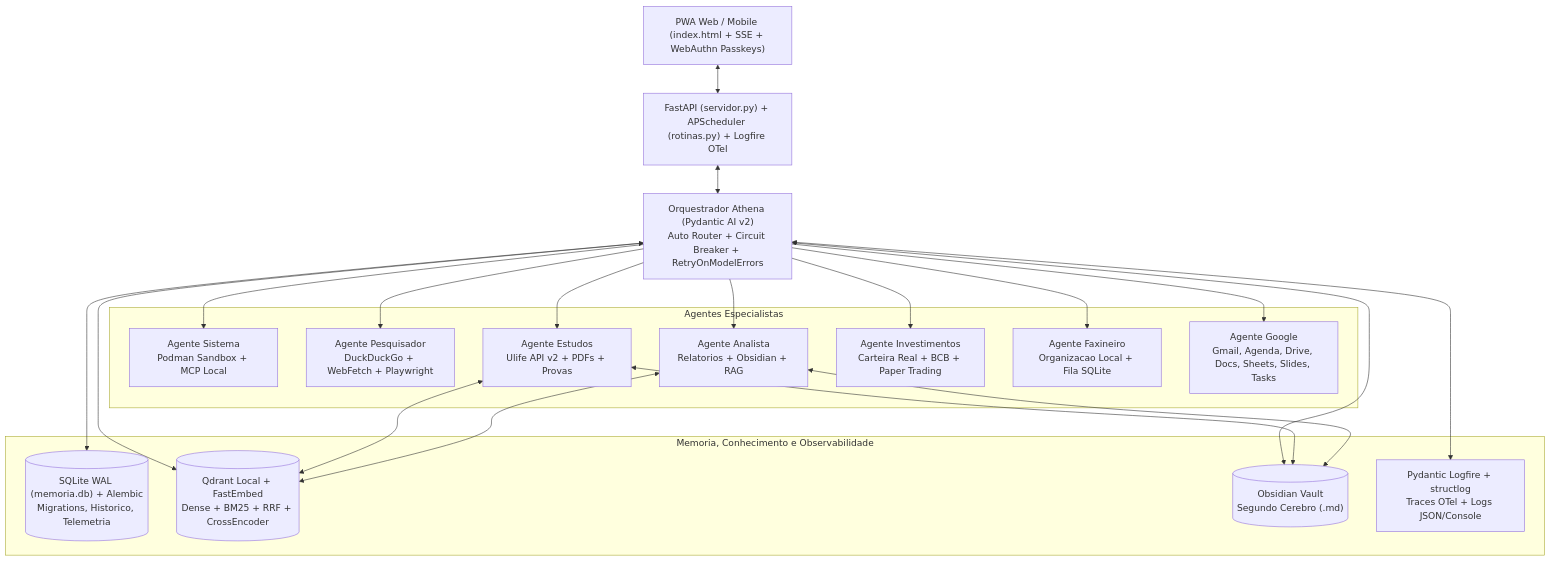
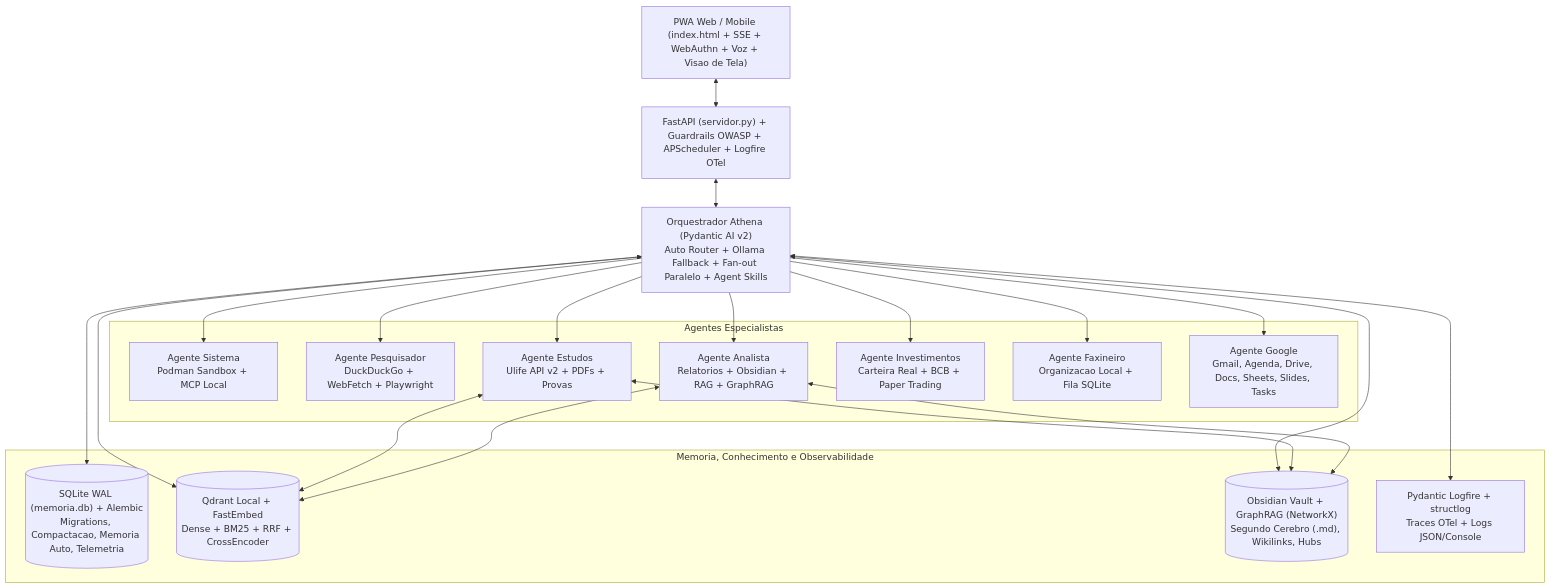
The diagram in README.md (williamdunbar1/athena), drawn with Mermaid before and after one commit. The commit also changed other lines of this file and 6 other files, not shown here.

Commit message:
feat: add lightweight Obsidian GraphRAG with NetworkX and update README

````diff
--- a/README.md
+++ b/README.md
@@ -14,29 +14,29 @@
 ```mermaid
 flowchart TB
-    UI["PWA Web / Mobile (index.html + SSE + WebAuthn Passkeys)"]
-    API["FastAPI (servidor.py) + APScheduler (rotinas.py) + Logfire OTel"]
-    ORQ["Orquestrador Athena (Pydantic AI v2)\nAuto Router + Circuit Breaker + RetryOnModelErrors"]
+    UI["PWA Web / Mobile (index.html + SSE + WebAuthn + Voz + Visao de Tela)"]
+    API["FastAPI (servidor.py) + Guardrails OWASP + APScheduler + Logfire OTel"]
+    ORQ["Orquestrador Athena (Pydantic AI v2)\nAuto Router + Ollama Fallback + Fan-out Paralelo + Agent Skills"]
 
     subgraph Especialistas["Agentes Especialistas"]
         SYS["Agente Sistema\nPodman Sandbox + MCP Local"]
         PESQ["Agente Pesquisador\nDuckDuckGo + WebFetch + Playwright"]
-        ANA["Agente Analista\nRelatorios + Obsidian + RAG"]
+        ANA["Agente Analista\nRelatorios + Obsidian + RAG + GraphRAG"]
         EST["Agente Estudos\nUlife API v2 + PDFs + Provas"]
         INV["Agente Investimentos\nCarteira Real + BCB + Paper Trading"]
         FAX["Agente Faxineiro\nOrganizacao Local + Fila SQLite"]
         GOOG["Agente Google\nGmail, Agenda, Drive, Docs, Sheets, Slides, Tasks"]
     end
 
     subgraph Dados["Memoria, Conhecimento e Observabilidade"]
-        DB[("SQLite WAL (memoria.db) + Alembic\nMigrations, Historico, Telemetria")]
+        DB[("SQLite WAL (memoria.db) + Alembic\nMigrations, Compactacao, Memoria Auto, Telemetria")]
         RAG[("Qdrant Local + FastEmbed\nDense + BM25 + RRF + CrossEncoder")]
-        VAULT[("Obsidian Vault\nSegundo Cerebro (.md)")]
+        VAULT[("Obsidian Vault + GraphRAG (NetworkX)\nSegundo Cerebro (.md), Wikilinks, Hubs")]
         LF["Pydantic Logfire + structlog\nTraces OTel + Logs JSON/Console"]
     end
 
     UI <--> API
     API <--> ORQ
     ORQ --> SYS & PESQ & ANA & EST & INV & FAX & GOOG
     ORQ <--> DB & RAG & VAULT & LF
     EST & ANA <--> RAG & VAULT
 ```
````
